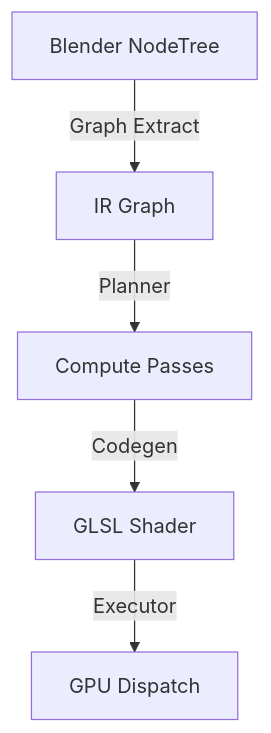
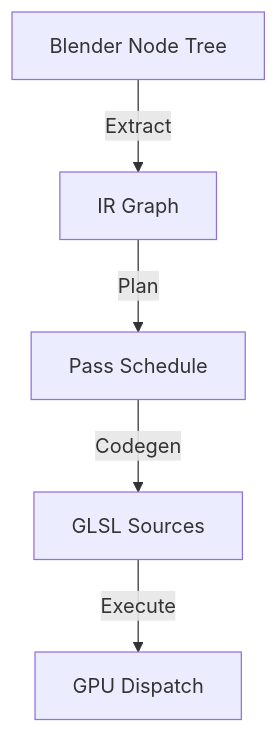
One commit to pvtrcorps/ComputeNodes changed the diagram in docs/ARCHITECTURE.md. Above: the diagram before and after it, drawn with Mermaid. The commit also changed other lines of this file and 22 other files, not shown here.

````diff
--- a/docs/ARCHITECTURE.md
+++ b/docs/ARCHITECTURE.md
@@ -5,7 +14,7 @@
 ```mermaid
 graph TD
-    A[Blender NodeTree] -->|Graph Extract| B[IR Graph]
-    B -->|Planner| C[Compute Passes]
-    C -->|Codegen| D[GLSL Shader]
-    D -->|Executor| E[GPU Dispatch]
+    A[Blender Node Tree] -->|Extract| B[IR Graph]
+    B -->|Plan| C[Pass Schedule]
+    C -->|Codegen| D[GLSL Sources]
+    D -->|Execute| E[GPU Dispatch]
 ```
````
